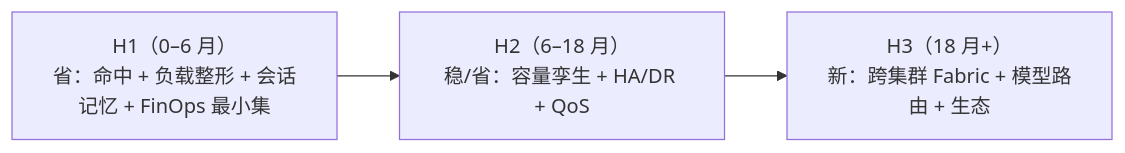
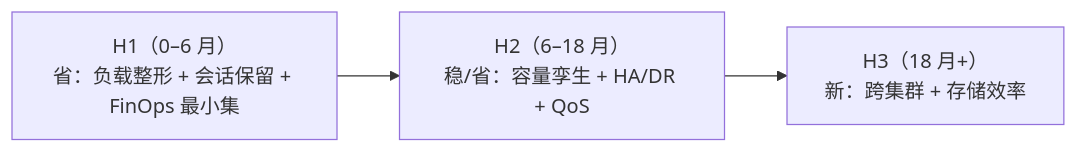
One commit to 5x8-40/lake changed the second of 2 diagrams in kvcm/design/D10-kv-fabric-roadmap.md. Above: the diagram before and after it, drawn with Mermaid. The commit also changed other lines of this file and 2 other files, not shown here.

````diff
--- a/kvcm/design/D10-kv-fabric-roadmap.md
+++ b/kvcm/design/D10-kv-fabric-roadmap.md
@@ -275,5 +193,5 @@
 ```mermaid
 flowchart LR
-    H1["H1（0–6 月）<br/>省：命中 + 负载整形 + 会话记忆 + FinOps 最小集"] --> H2["H2（6–18 月）<br/>稳/省：容量孪生 + HA/DR + QoS"]
-    H2 --> H3["H3（18 月+）<br/>新：跨集群 Fabric + 模型路由 + 生态"]
+    H1["H1（0–6 月）<br/>省：负载整形 + 会话保留 + FinOps 最小集"] --> H2["H2（6–18 月）<br/>稳/省：容量孪生 + HA/DR + QoS"]
+    H2 --> H3["H3（18 月+）<br/>新：跨集群 + 存储效率"]
 ```
````
